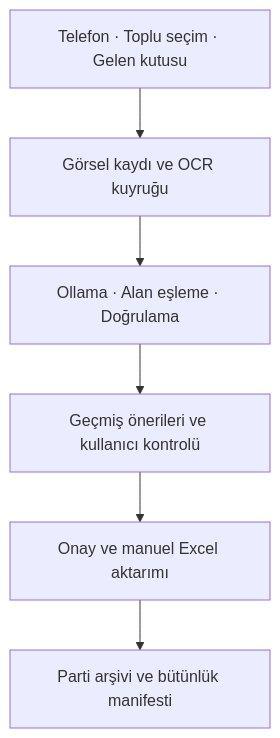
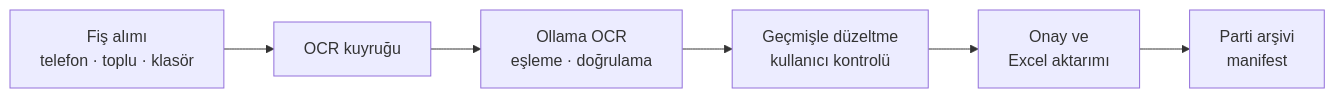
Before and after one commit to MehmetEmreee/mazot-fis-takip-sistemi: the first of 2 diagrams in README.md, drawn with Mermaid. The commit also changed other lines of this file, not shown here.

Commit message:
README akis diyagramini GitHub'da gorunur yap (yatay akis)

````diff
--- a/README.md
+++ b/README.md
@@ -72,8 +72,8 @@
 ```mermaid
-flowchart TD
-    A["Telefon · Toplu seçim · Gelen kutusu"] --> B["Görsel kaydı ve OCR kuyruğu"]
-    B --> C["Ollama · Alan eşleme · Doğrulama"]
-    C --> D["Geçmiş önerileri ve kullanıcı kontrolü"]
-    D --> E["Onay ve manuel Excel aktarımı"]
-    E --> F["Parti arşivi ve bütünlük manifesti"]
+flowchart LR
+    A["Fiş alımı<br/>telefon · toplu · klasör"] --> B["OCR kuyruğu"]
+    B --> C["Ollama OCR<br/>eşleme · doğrulama"]
+    C --> D["Geçmişle düzeltme<br/>kullanıcı kontrolü"]
+    D --> E["Onay ve<br/>Excel aktarımı"]
+    E --> F["Parti arşivi<br/>manifest"]
 ```
````
